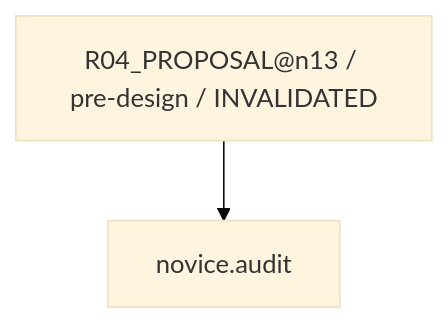
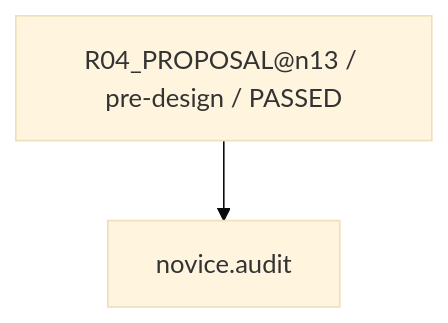
One commit to rrikunagasige-dot/kyotsu-step-web changed the sixth of 28 diagrams in work/items/W-MATH-048-n1314-source-audit/generated/CAPABILITY_FIRE_DIAGRAM.md. Above: the diagram before and after it, drawn with Mermaid (base theme). The commit also changed other lines of this file and 295 other files, not shown here.

````diff
--- a/work/items/W-MATH-048-n1314-source-audit/generated/CAPABILITY_FIRE_DIAGRAM.md
+++ b/work/items/W-MATH-048-n1314-source-audit/generated/CAPABILITY_FIRE_DIAGRAM.md
@@ -94,6 +94,6 @@
 ```mermaid
 flowchart TD
-  N0["R04_PROPOSAL@n13 / pre-design / INVALIDATED"]
+  N0["R04_PROPOSAL@n13 / pre-design / PASSED"]
   N1["novice.audit"]
   N0 --> N1
 ```
````
